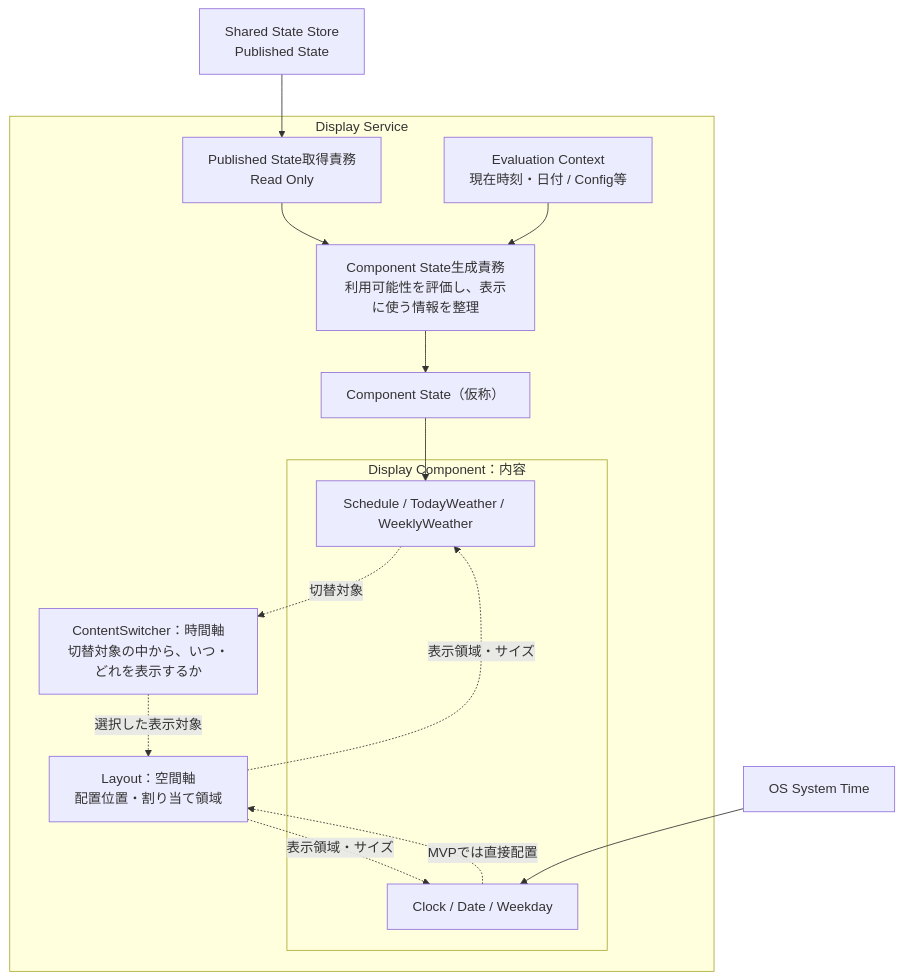
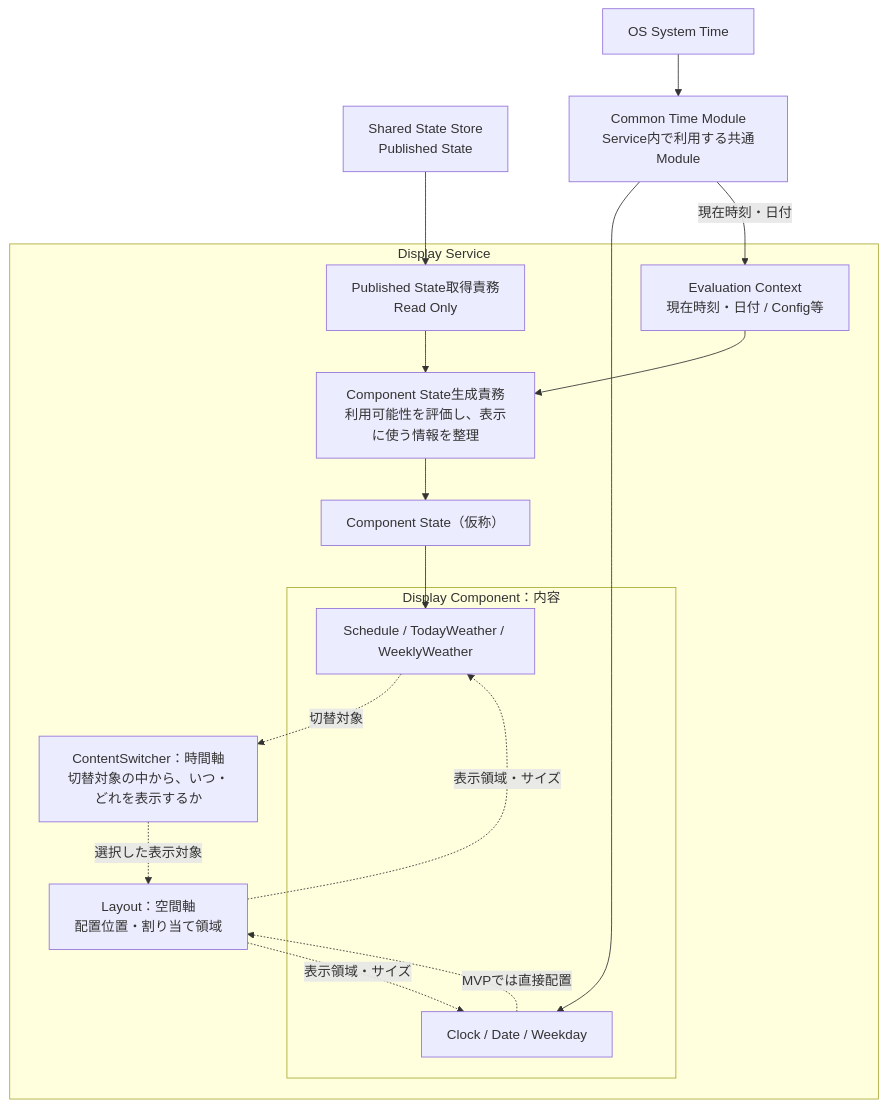
The first of 3 diagrams in docs/architecture.md (rinYamano211/home-digital-signage), drawn with Mermaid before and after one commit. The commit also changed other lines of this file and 1 other file, not shown here.

````diff
--- a/docs/architecture.md
+++ b/docs/architecture.md
@@ -182,28 +183,31 @@
 ```mermaid
 flowchart TB
     store["Shared State Store<br/>Published State"]
-    time["OS System Time"]
+    osTime["OS System Time"]
+    time["Common Time Module<br/>Service内で利用する共通Module"]
+    osTime --> time
     subgraph display["Display Service"]
         receive["Published State取得責務<br/>Read Only"]
         context["Evaluation Context<br/>現在時刻・日付 / Config等"]
         generate["Component State生成責務<br/>利用可能性を評価し、表示に使う情報を整理"]
         state["Component State（仮称）"]
         subgraph components["Display Component：内容"]
             fixed["Clock / Date / Weekday"]
             switched["Schedule / TodayWeather / WeeklyWeather"]
         end
         switcher["ContentSwitcher：時間軸<br/>切替対象の中から、いつ・どれを表示するか"]
         layout["Layout：空間軸<br/>配置位置・割り当て領域"]
         receive --> generate
         context --> generate
         generate --> state
         state --> switched
         switched -. 切替対象 .-> switcher
         switcher -. 選択した表示対象 .-> layout
         fixed -. MVPでは直接配置 .-> layout
         layout -. 表示領域・サイズ .-> fixed
         layout -. 表示領域・サイズ .-> switched
     end
     store --> receive
     time --> fixed
+    time -->|現在時刻・日付| context
 ```
````
